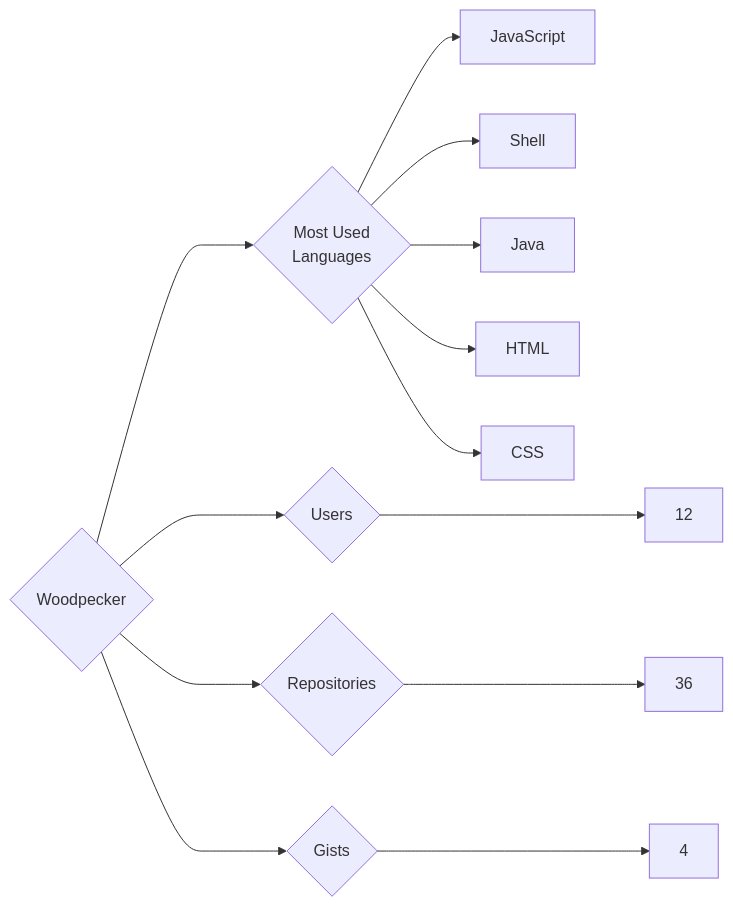
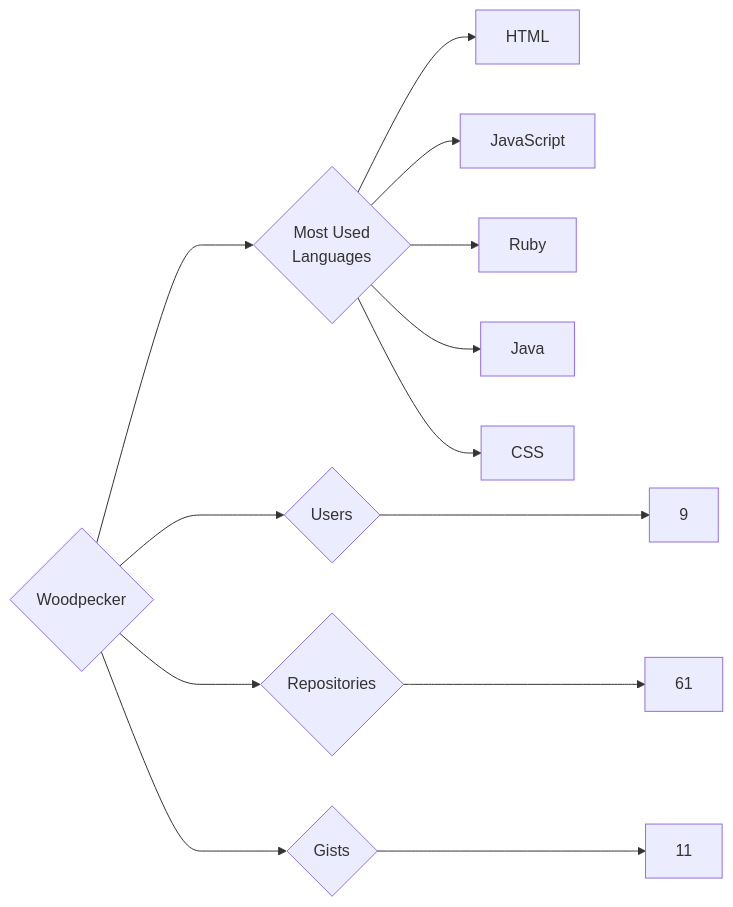
The diagram in targets/Woodpecker/README.md (trickest/insiders), drawn with Mermaid before and after one commit. The commit also changed 799 other files, not shown here.

````diff
--- a/targets/Woodpecker/README.md
+++ b/targets/Woodpecker/README.md
@@ -3,13 +3,13 @@
 ```mermaid
 graph LR
 COMPANY_NAME{Woodpecker}
-COMPANY_NAME ---> U{Users} ---> UN[12]
-COMPANY_NAME ---> R{Repositories} ---> RN[36]
-COMPANY_NAME ---> G{Gists} ---> GN[4]
+COMPANY_NAME ---> U{Users} ---> UN[9]
+COMPANY_NAME ---> R{Repositories} ---> RN[61]
+COMPANY_NAME ---> G{Gists} ---> GN[11]
 COMPANY_NAME ---> ML{Most Used<br>Languages}
+ML --> HTML[HTML]
 ML --> JavaScript[JavaScript]
-ML --> Shell[Shell]
+ML --> Ruby[Ruby]
 ML --> Java[Java]
-ML --> HTML[HTML]
 ML --> CSS[CSS]
 ```
````
